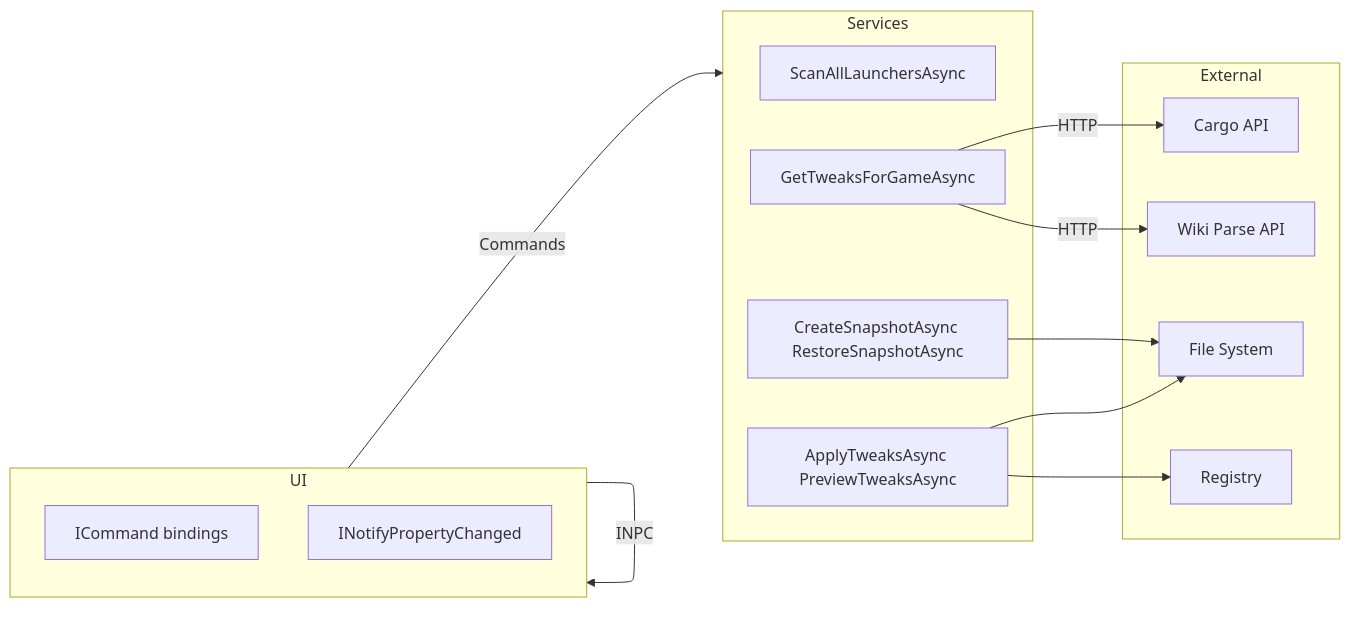
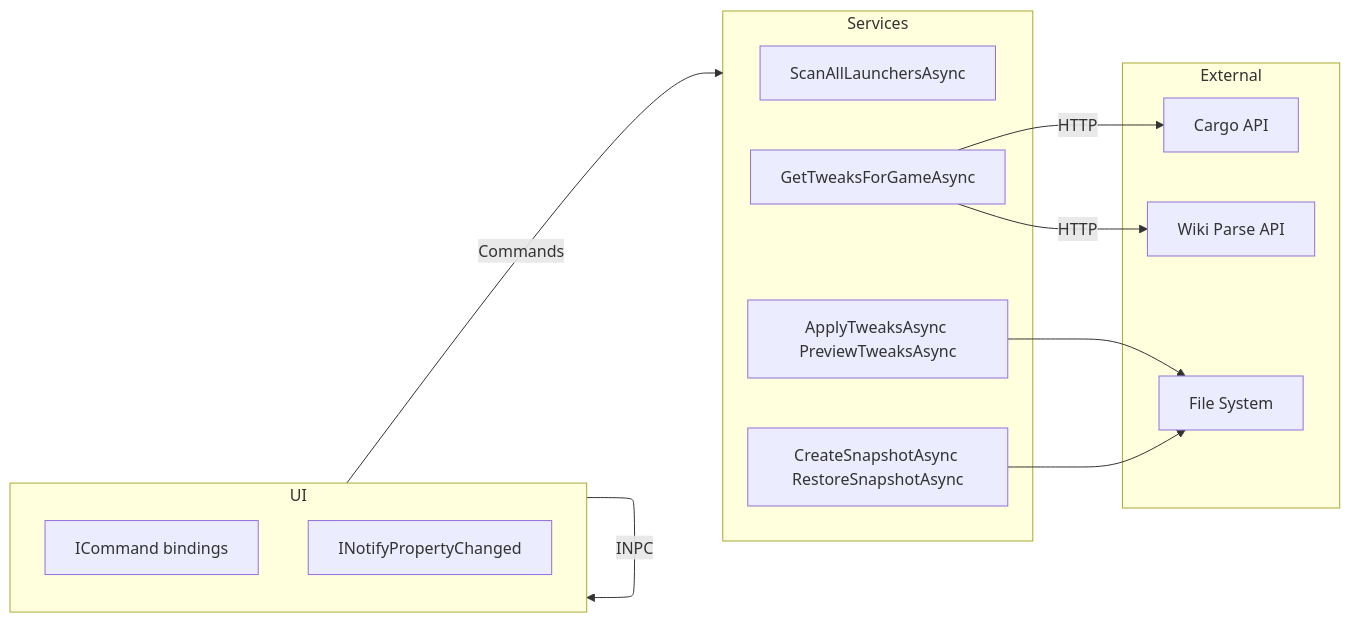
One commit to Zendevve/opentweak changed the second of 3 diagrams in docs/Architecture/Overview.md. Above: the diagram before and after it, drawn with Mermaid. The commit also changed other lines of this file and 2 other files, not shown here.

Commit message:
docs: update documentation to reflect actual registry behavior

````diff
--- a/docs/Architecture/Overview.md
+++ b/docs/Architecture/Overview.md
@@ -95,29 +96,27 @@
 ```mermaid
 flowchart LR
     subgraph UI["UI"]
         Commands[ICommand bindings]
         INPC[INotifyPropertyChanged]
     end
 
     subgraph Services["Services"]
         GS_API[ScanAllLaunchersAsync]
         PCGW_API[GetTweaksForGameAsync]
         TE_API[ApplyTweaksAsync PreviewTweaksAsync]
         BS_API[CreateSnapshotAsync RestoreSnapshotAsync]
     end
 
     subgraph External["External"]
         Cargo[Cargo API]
         Wiki[Wiki Parse API]
         Files[File System]
-        Reg[Registry]
     end
 
     UI --Commands--> Services
     UI --INPC--> UI
     PCGW_API --HTTP--> Cargo
     PCGW_API --HTTP--> Wiki
     TE_API --> Files
-    TE_API --> Reg
     BS_API --> Files
 ```
````
